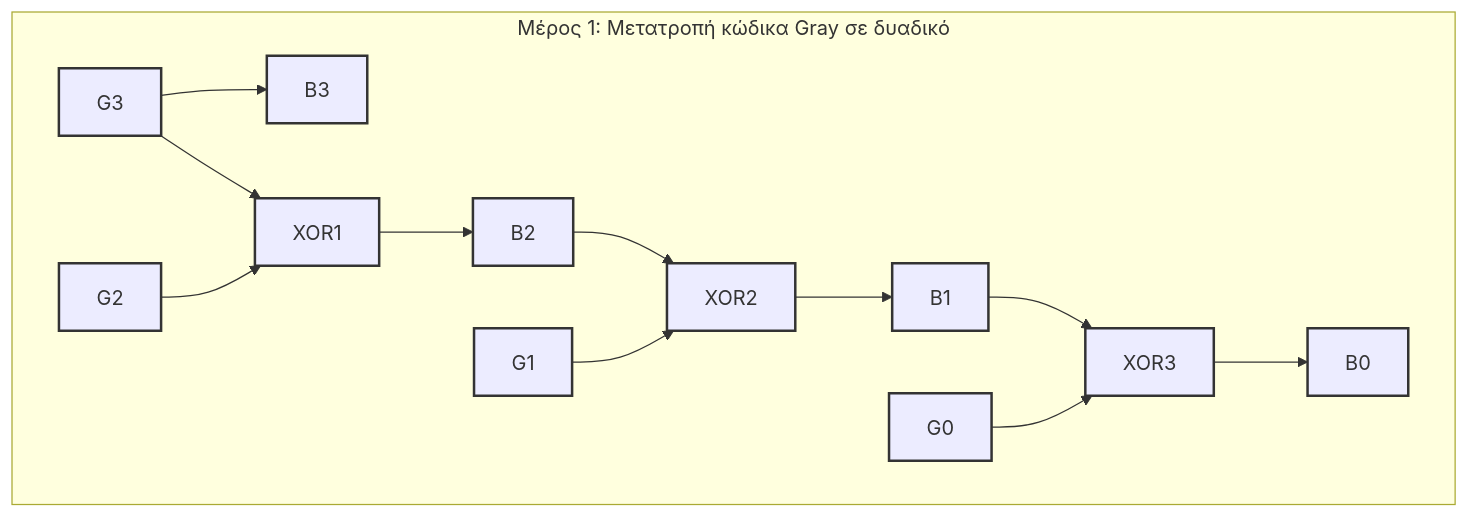
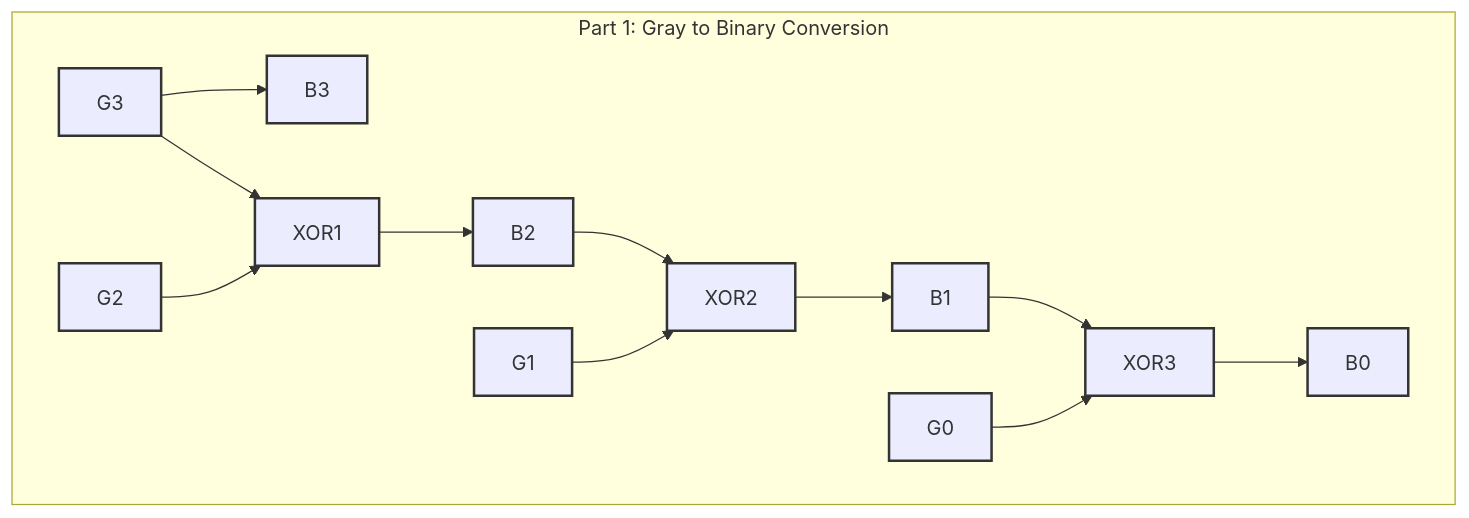
The first of 3 diagrams in Year_1/Semester_1/LOGIC_DESIGN/Exercises/Nick_Λογική_Σχεδίαση_2η_Εργασία/Nick_Λογική_Σχεδίαση_2η_Εργασία.md (PanagopoulosNikolaos/DitOpenNotes), drawn with Mermaid before and after one commit. The commit also changed other lines of this file and 12 other files, not shown here.

````diff
--- a/Year_1/Semester_1/LOGIC_DESIGN/Exercises/Nick_Λογική_Σχεδίαση_2η_Εργασία/Nick_Λογική_Σχεδίαση_2η_Εργασία.md
+++ b/Year_1/Semester_1/LOGIC_DESIGN/Exercises/Nick_Λογική_Σχεδίαση_2η_Εργασία/Nick_Λογική_Σχεδίαση_2η_Εργασία.md
@@ -93,25 +93,25 @@
 ```Mermaid
 graph TD
-    subgraph "Μέρος 1: Μετατροπή κώδικα Gray σε δυαδικό"
+    subgraph "Part 1: Gray to Binary Conversion"
     
     
     
         G3 --> B3
         G3 --> XOR1
         G2 --> XOR1
         XOR1 --> B2
         B2 --> XOR2
         G1 --> XOR2
         XOR2 --> B1
         B1 --> XOR3
         G0 --> XOR3
         XOR3 --> B0
     end
 
 
     
     classDef default fill:\#f9f,stroke:#333,stroke-width:2px;
     classDef xor fill:\#ff9,stroke:#333,stroke-width:2px;
 
     class XOR1,XOR2,XOR3 xor;
 ```
````
